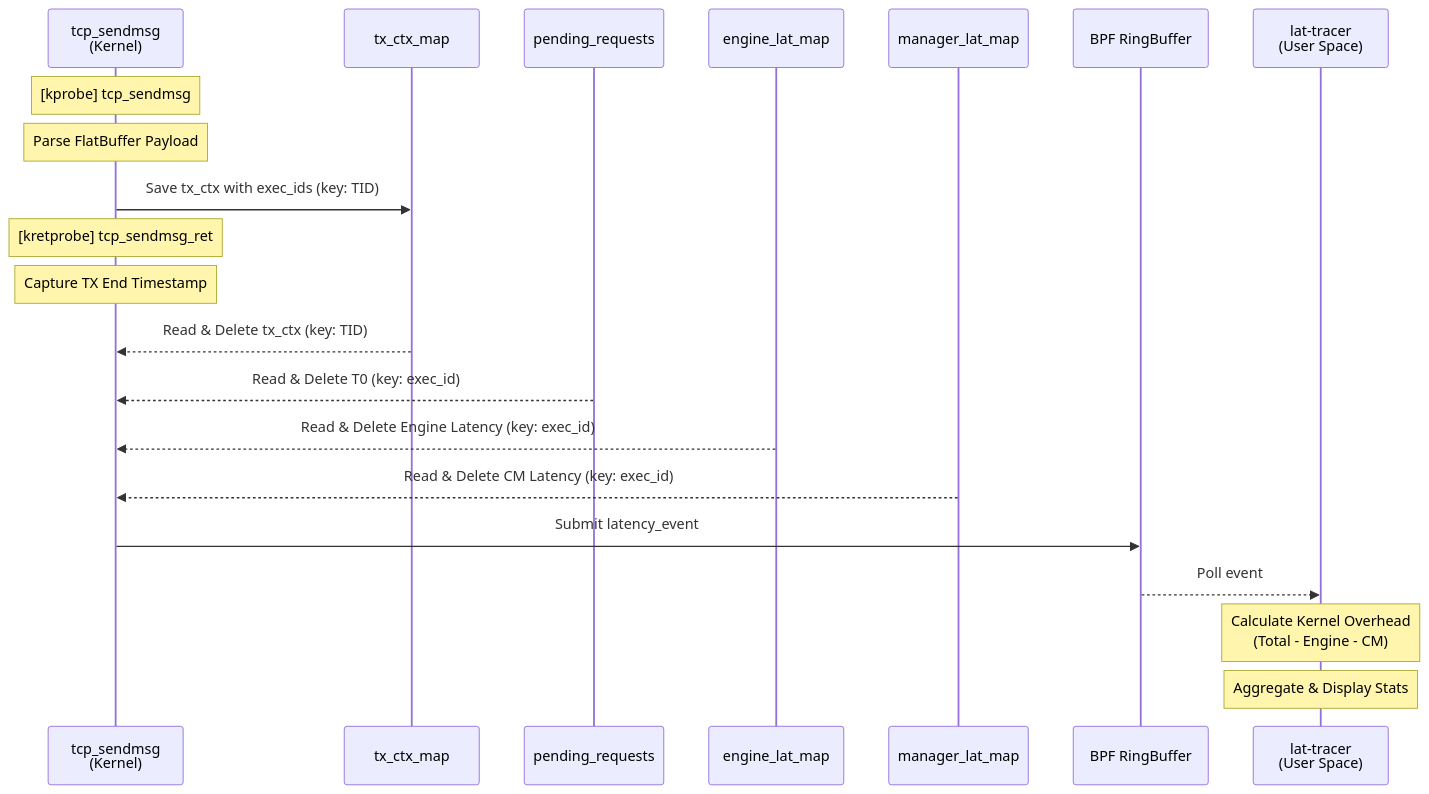
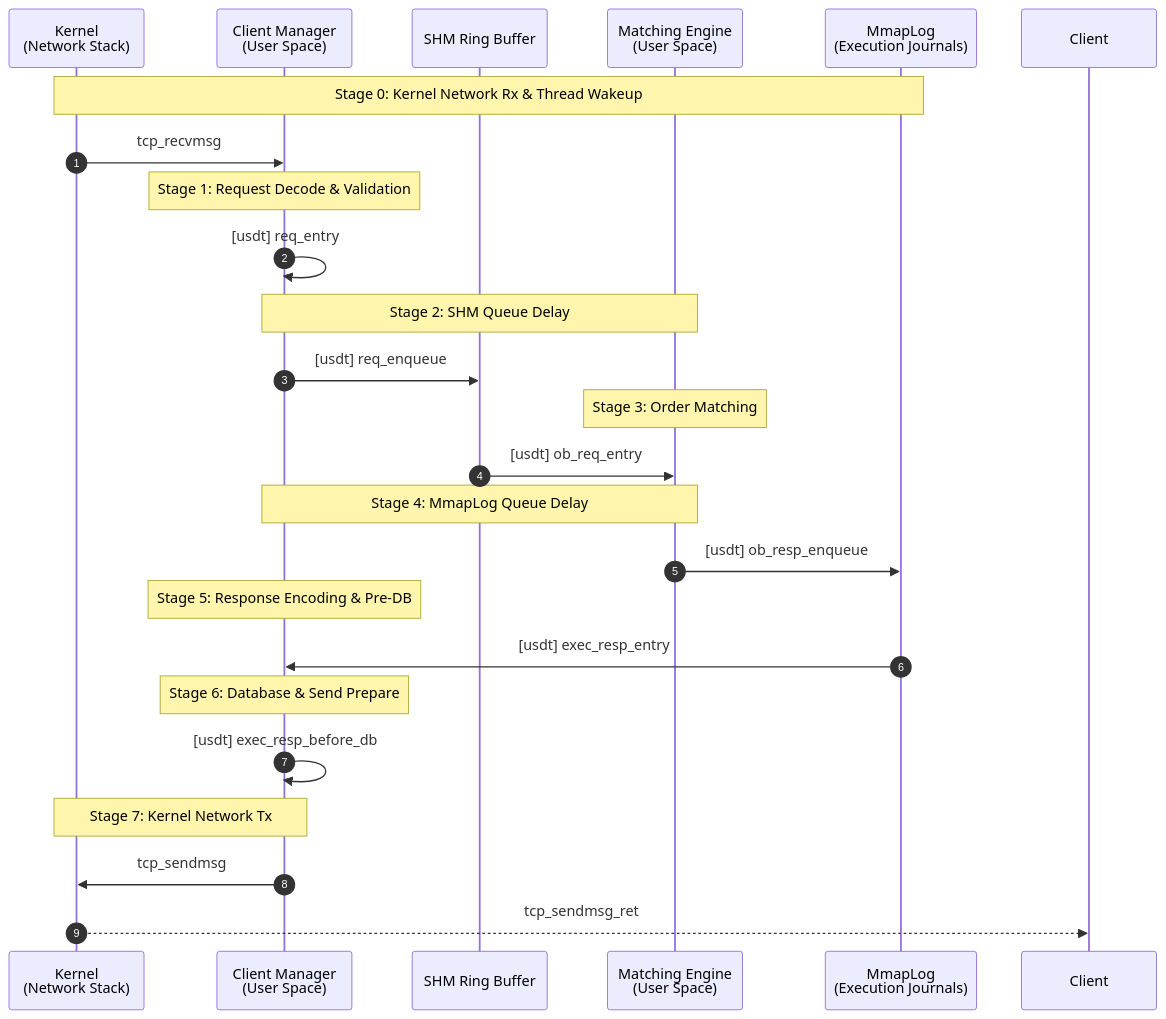
Before and after one commit to harvey-euph/Electronic-Exchange-Simulator: the fourth of 4 diagrams in README.md, drawn with Mermaid. The commit also changed other lines of this file, not shown here.

````diff
--- a/README.md
+++ b/README.md
@@ -179,27 +118,34 @@
 ```mermaid
 sequenceDiagram
-    participant Kernel as tcp_sendmsg<br/>(Kernel)
-    participant TxCtx as tx_ctx_map
-    participant ReqMap as pending_requests
-    participant EngineLat as engine_lat_map
-    participant MgrLat as manager_lat_map
-    participant RB as BPF RingBuffer
-    participant Tracer as lat-tracer<br/>(User Space)
+    autonumber
+    participant Kernel as Kernel<br/>(Network Stack)
+    participant CM as Client Manager<br/>(User Space)
+    participant SHM as SHM Ring Buffer
+    participant ME as Matching Engine<br/>(User Space)
+    participant MmapLog as MmapLog<br/>(Execution Journals)
 
-    Note over Kernel: [kprobe] tcp_sendmsg
-    Note over Kernel: Parse FlatBuffer Payload
-    Kernel->>TxCtx: Save tx_ctx with exec_ids (key: TID)
+    Note over Kernel, MmapLog: Stage 0: Kernel Network Rx & Thread Wakeup
+    Kernel->>CM: tcp_recvmsg
     
-    Note over Kernel: [kretprobe] tcp_sendmsg_ret
-    Note over Kernel: Capture TX End Timestamp
-    TxCtx-->>Kernel: Read & Delete tx_ctx (key: TID)
-    ReqMap-->>Kernel: Read & Delete T0 (key: exec_id)
-    EngineLat-->>Kernel: Read & Delete Engine Latency (key: exec_id)
-    MgrLat-->>Kernel: Read & Delete CM Latency (key: exec_id)
+    Note over CM: Stage 1: Request Decode & Validation
+    CM->>CM: [usdt] req_entry
     
-    Kernel->>RB: Submit latency_event
+    Note over CM, ME: Stage 2: SHM Queue Delay
+    CM->>SHM: [usdt] req_enqueue
     
-    RB-->>Tracer: Poll event
-    Note over Tracer: Calculate Kernel Overhead<br/>(Total - Engine - CM)
-    Note over Tracer: Aggregate & Display Stats
+    Note over ME: Stage 3: Order Matching
+    SHM->>ME: [usdt] ob_req_entry
+    
+    Note over ME, CM: Stage 4: MmapLog Queue Delay
+    ME->>MmapLog: [usdt] ob_resp_enqueue
+    
+    Note over CM: Stage 5: Response Encoding & Pre-DB
+    MmapLog->>CM: [usdt] exec_resp_entry
+    
+    Note over CM: Stage 6: Database & Send Prepare
+    CM->>CM: [usdt] exec_resp_before_db
+    
+    Note over CM, Kernel: Stage 7: Kernel Network Tx
+    CM->>Kernel: tcp_sendmsg
+    Kernel-->>Client: tcp_sendmsg_ret
 ```
````
